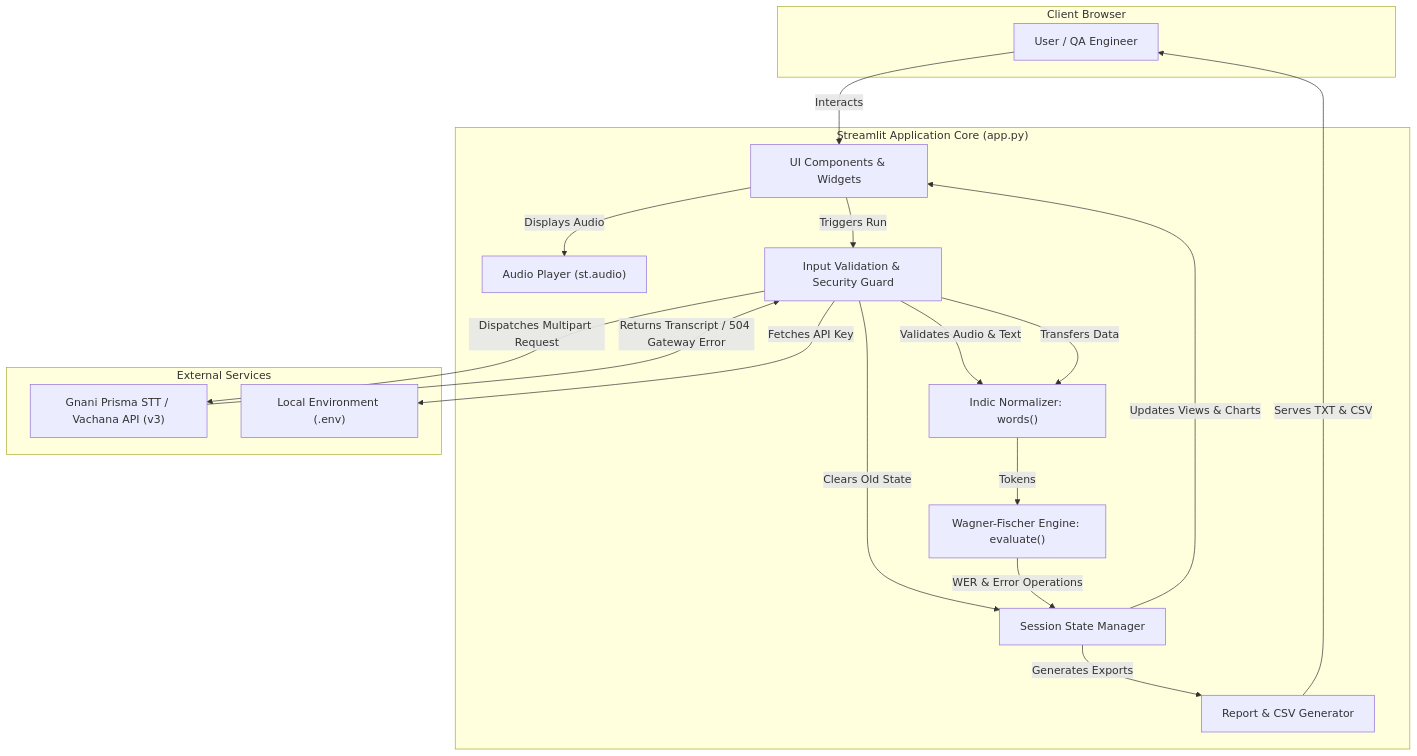
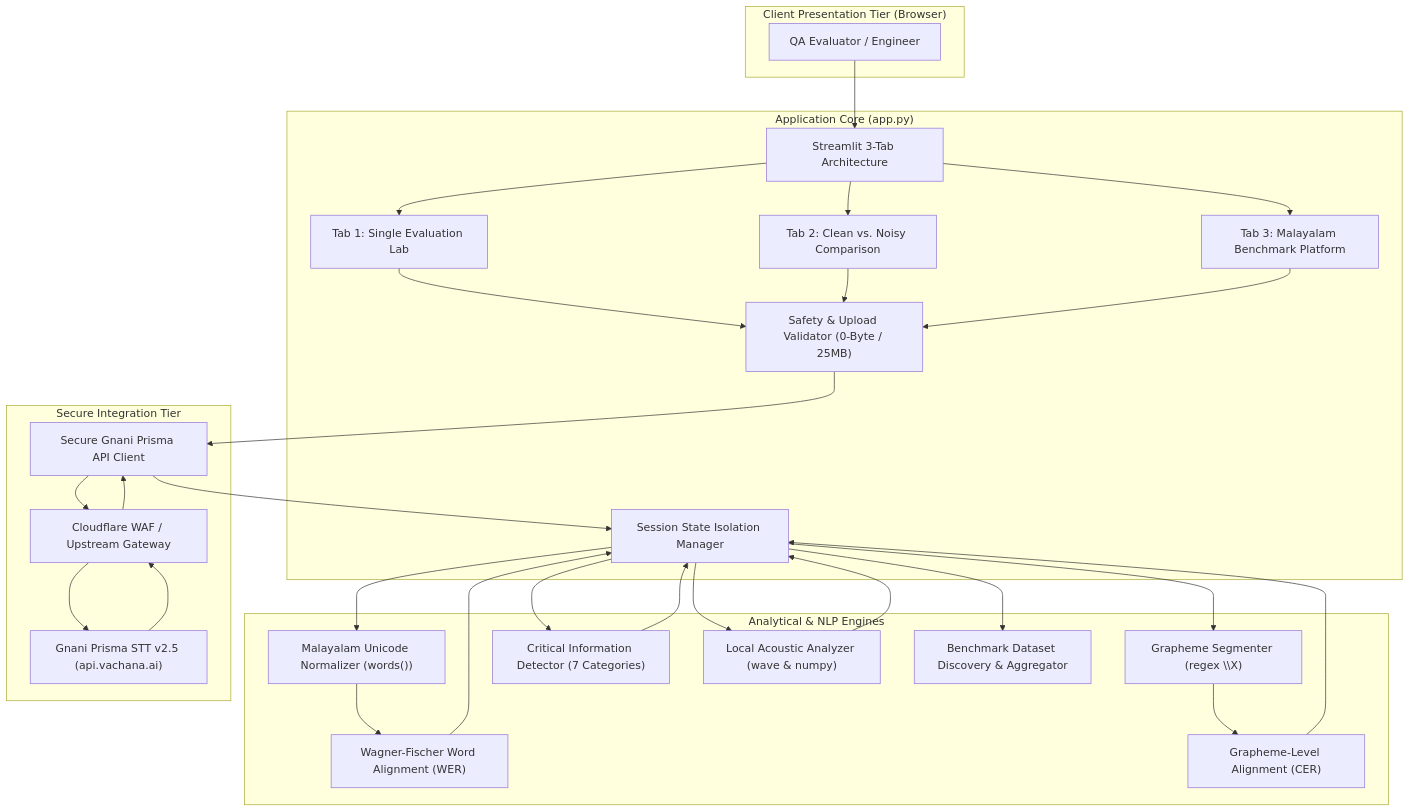
Before and after one commit to saviosinto123/NADHAM-QA: the first of 3 diagrams in ARCHITECTURE.md, drawn with Mermaid. The commit also changed other lines of this file and 36 other files, not shown here.

Commit message:
feat: NADHAM QA 2.0 - Complete platform with CER, Critical Entities, Acoustic Analysis, Reproducible Benchmark & Documentation

````diff
--- a/ARCHITECTURE.md
+++ b/ARCHITECTURE.md
@@ -11,36 +11,45 @@
 ```mermaid
 graph TD
-    subgraph Client ["Client Browser"]
-        User["User / QA Engineer"]
+    subgraph Client ["Client Presentation Tier (Browser)"]
+        User["QA Evaluator / Engineer"]
     end
 
-    subgraph AppLayer ["Streamlit Application Core (app.py)"]
-        UI["UI Components & Widgets"]
-        StateMgr["Session State Manager"]
-        AudioPlayer["Audio Player (st.audio)"]
-        Guard["Input Validation & Security Guard"]
-        Normalizer["Indic Normalizer: words()"]
-        Evaluator["Wagner-Fischer Engine: evaluate()"]
-        ReportGen["Report & CSV Generator"]
+    subgraph AppCore ["Application Core (app.py)"]
+        Tabs["Streamlit 3-Tab Architecture"]
+        Tab1["Tab 1: Single Evaluation Lab"]
+        Tab2["Tab 2: Clean vs. Noisy Comparison"]
+        Tab3["Tab 3: Malayalam Benchmark Platform"]
+        State["Session State Isolation Manager"]
+        Guard["Safety & Upload Validator (0-Byte / 25MB)"]
     end
 
-    subgraph External ["External Services"]
-        GnaniAPI["Gnani Prisma STT / Vachana API (v3)"]
-        Env["Local Environment (.env)"]
+    subgraph EngineTier ["Analytical & NLP Engines"]
+        Norm["Malayalam Unicode Normalizer (words())"]
+        Grapheme["Grapheme Segmenter (regex \\X)"]
+        WER_Engine["Wagner-Fischer Word Alignment (WER)"]
+        CER_Engine["Grapheme-Level Alignment (CER)"]
+        Entity_Engine["Critical Information Detector (7 Categories)"]
+        Audio_Engine["Local Acoustic Analyzer (wave & numpy)"]
+        Batch_Engine["Benchmark Dataset Discovery & Aggregator"]
     end
 
-    User -->|Interacts| UI
-    UI -->|Displays Audio| AudioPlayer
-    UI -->|Triggers Run| Guard
-    Guard -->|Clears Old State| StateMgr
-    Guard -->|Validates Audio & Text| Normalizer
-    Guard -->|Fetches API Key| Env
-    Guard -->|Dispatches Multipart Request| GnaniAPI
-    GnaniAPI -->|Returns Transcript / 504 Gateway Error| Guard
-    Guard -->|Transfers Data| Normalizer
-    Normalizer -->|Tokens| Evaluator
-    Evaluator -->|WER & Error Operations| StateMgr
-    StateMgr -->|Updates Views & Charts| UI
-    StateMgr -->|Generates Exports| ReportGen
-    ReportGen -->|Serves TXT & CSV| User
+    subgraph ExternalTier ["Secure Integration Tier"]
+        Client_API["Secure Gnani Prisma API Client"]
+        Gateway["Cloudflare WAF / Upstream Gateway"]
+        Gnani_ASR["Gnani Prisma STT v2.5 (api.vachana.ai)"]
+    end
+
+    User --> Tabs
+    Tabs --> Tab1
+    Tabs --> Tab2
+    Tabs --> Tab3
+    Tab1 & Tab2 & Tab3 --> Guard
+    Guard --> Client_API
+    Client_API --> Gateway --> Gnani_ASR
+    Gnani_ASR --> Gateway --> Client_API
+    Client_API --> State
+    State --> Norm & Grapheme & Entity_Engine & Audio_Engine & Batch_Engine
+    Norm --> WER_Engine
+    Grapheme --> CER_Engine
+    WER_Engine & CER_Engine & Entity_Engine & Audio_Engine --> State
 ```
````
